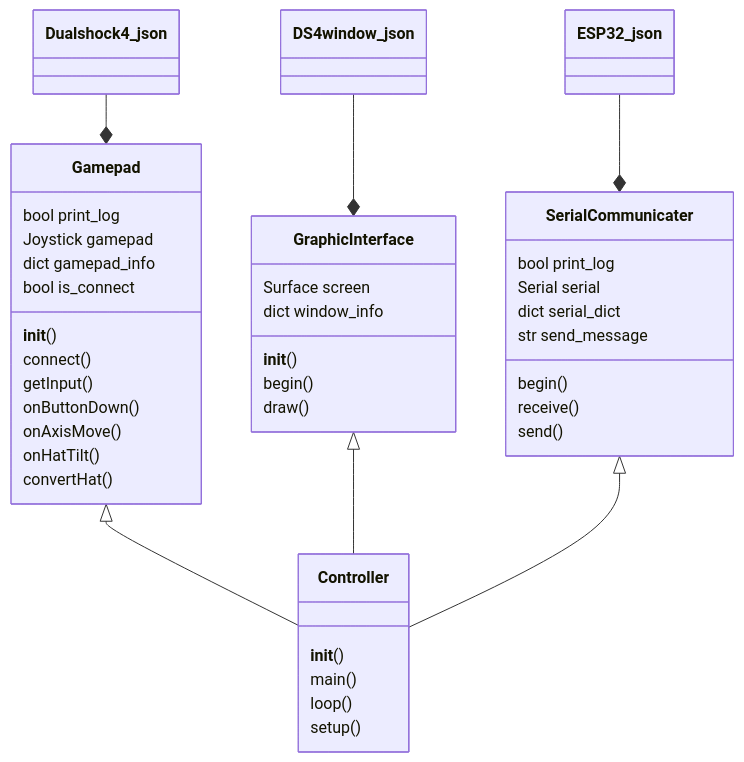
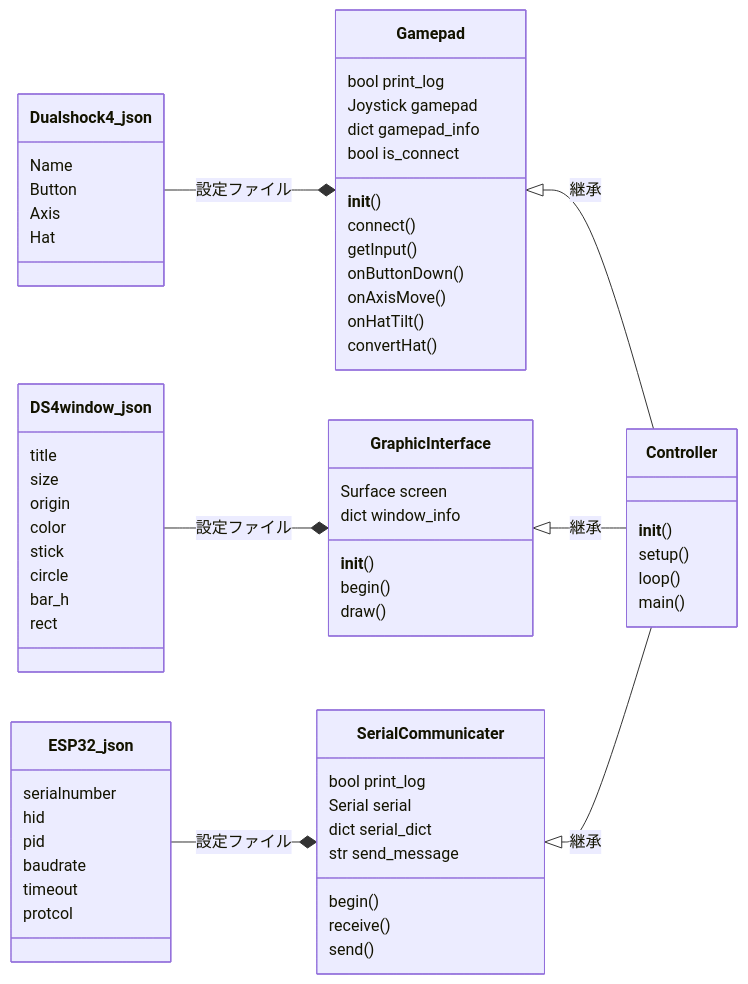
Before and after one commit to Tomoooji/raspi-controller: the first of 2 diagrams in README.md, drawn with Mermaid. The commit also changed other lines of this file, not shown here.

Commit message:
is this better ??

````diff
--- a/README.md
+++ b/README.md
@@ -33,44 +33,69 @@
 ```mermaid
 classDiagram
-    Dualshock4_json --* Gamepad
-    DS4window_json --* GraphicInterface
-    ESP32_json --* SerialCommunicater
-    Gamepad <|-- Controller
-    GraphicInterface <|-- Controller
-    SerialCommunicater <|-- Controller
+    direction LR
+    Dualshock4_json --* Gamepad :設定ファイル
+    DS4window_json --* GraphicInterface :設定ファイル
+    ESP32_json --* SerialCommunicater :設定ファイル
+    Gamepad <|-- Controller :継承
+    GraphicInterface <|-- Controller :継承
+    SerialCommunicater <|-- Controller :継承
     class Gamepad{
         __init__()
         bool print_log
         Joystick gamepad
         dict gamepad_info
         bool is_connect
         connect()
         getInput()
         onButtonDown()
         onAxisMove()
         onHatTilt()
         convertHat()
     }
     class GraphicInterface{
         __init__()
         Surface screen
         dict window_info
         begin()
         draw()
     }
     class SerialCommunicater{
         bool print_log
         Serial serial
         dict serial_dict
         str send_message
         begin()
         receive()
         send()
     }
     class Controller{
         __init__()
+        setup()
+        loop()
         main()
-        loop()
-        setup()
+    }
+    class Dualshock4_json{
+        Name
+        Button
+        Axis
+        Hat
+    }
+    class DS4window_json{
+        title
+        size
+        origin
+        color
+        stick
+        circle
+        bar_h
+        rect
+    }
+    class ESP32_json{
+        serialnumber
+        hid
+        pid
+        baudrate
+        timeout
+        protcol
     }
 ```
````
